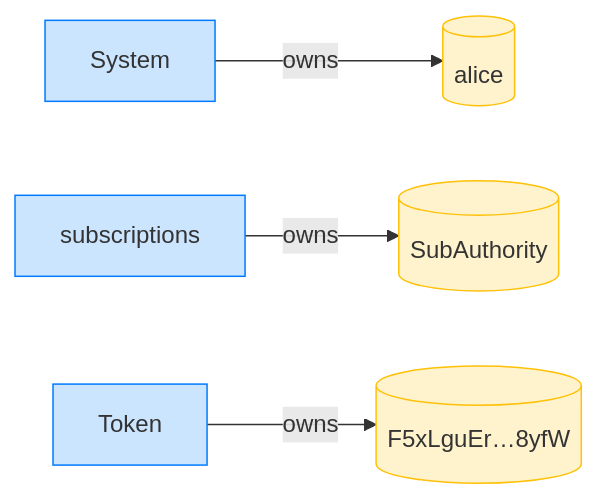
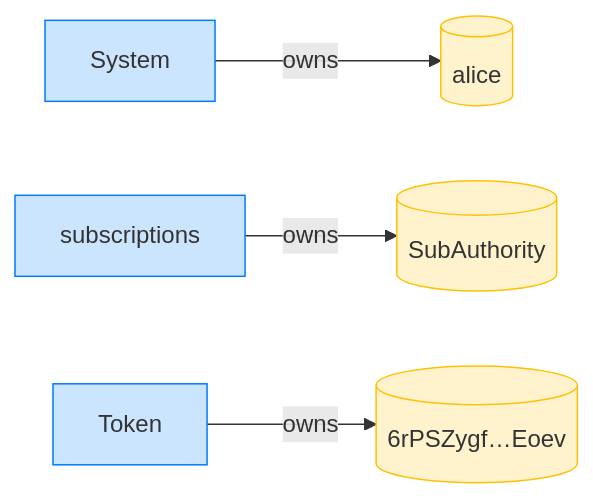
The fourth of 4 diagrams in dsl_tests/create-fixed-delegation--signer-accounts-must-sign.md (cds-rs/subscriptions), drawn with Mermaid before and after one commit. The commit also changed other lines of this file and 224 other files, not shown here.

````diff
--- a/dsl_tests/create-fixed-delegation--signer-accounts-must-sign.md
+++ b/dsl_tests/create-fixed-delegation--signer-accounts-must-sign.md
@@ -71,14 +76,14 @@
 ```mermaid
 flowchart LR
     classDef owner fill:#cce5ff,stroke:#007bff;
     classDef account fill:#fff3cd,stroke:#ffc107;
     System[System]:::owner
     alice[(alice)]:::account
     subscriptions[subscriptions]:::owner
     SubAuthority[(SubAuthority)]:::account
     Token[Token]:::owner
-    F5xLguEr_8yfW[("F5xLguEr…8yfW")]:::account
+    6rPSZygf_Eoev[("6rPSZygf…Eoev")]:::account
     System -->|owns| alice
     subscriptions -->|owns| SubAuthority
-    Token -->|owns| F5xLguEr_8yfW
+    Token -->|owns| 6rPSZygf_Eoev
 ```
````
